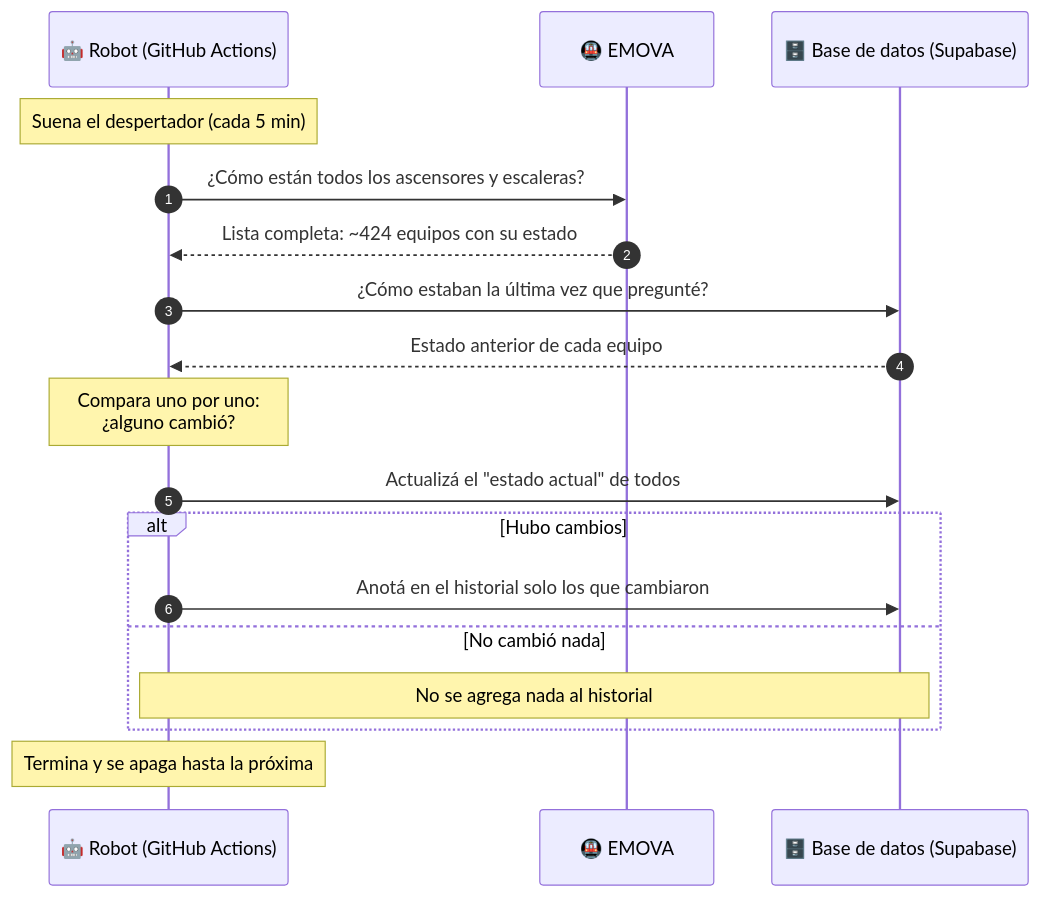
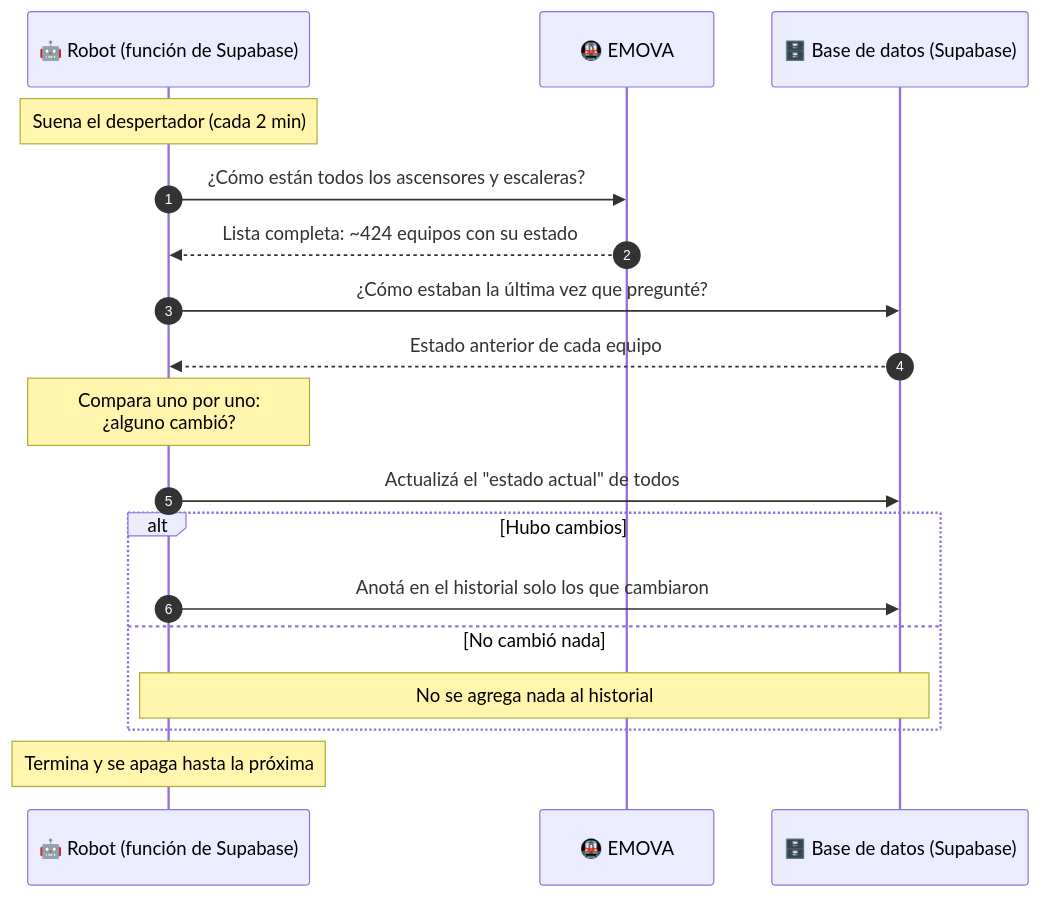
The second of 6 diagrams in README_no_tecnico.md (juanfere/accesibilidad_subte), drawn with Mermaid before and after one commit. The commit also changed other lines of this file and 1 other file, not shown here.

````diff
--- a/README_no_tecnico.md
+++ b/README_no_tecnico.md
@@ -108,21 +107,21 @@
 ```mermaid
 sequenceDiagram
     autonumber
-    participant R as 🤖 Robot (GitHub Actions)
+    participant R as 🤖 Robot (función de Supabase)
     participant E as 🚇 EMOVA
     participant S as 🗄️ Base de datos (Supabase)
 
-    Note over R: Suena el despertador (cada 5 min)
+    Note over R: Suena el despertador (cada 2 min)
     R->>E: ¿Cómo están todos los ascensores y escaleras?
     E-->>R: Lista completa: ~424 equipos con su estado
     R->>S: ¿Cómo estaban la última vez que pregunté?
     S-->>R: Estado anterior de cada equipo
     Note over R: Compara uno por uno:<br/>¿alguno cambió?
     R->>S: Actualizá el "estado actual" de todos
     alt Hubo cambios
         R->>S: Anotá en el historial solo los que cambiaron
     else No cambió nada
         Note over R,S: No se agrega nada al historial
     end
     Note over R: Termina y se apaga hasta la próxima
 ```
````
